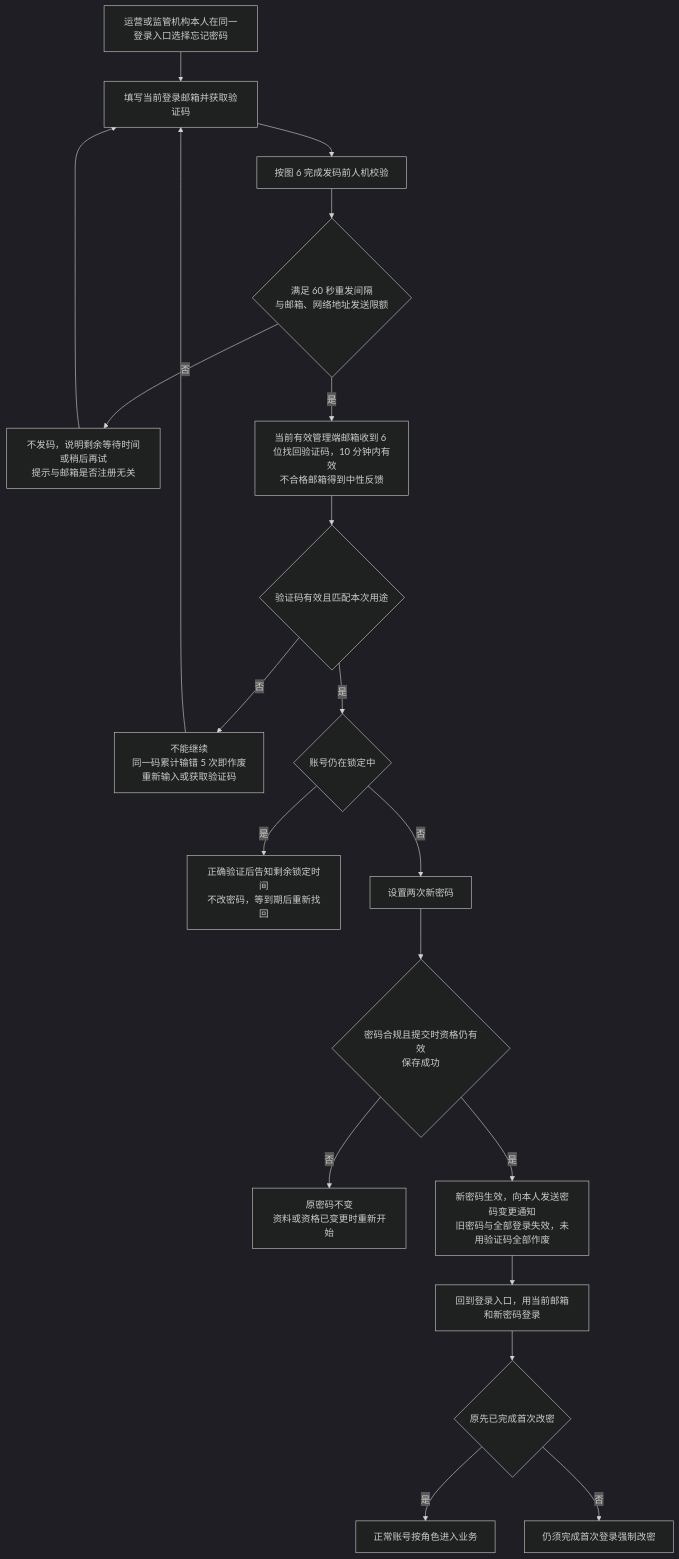
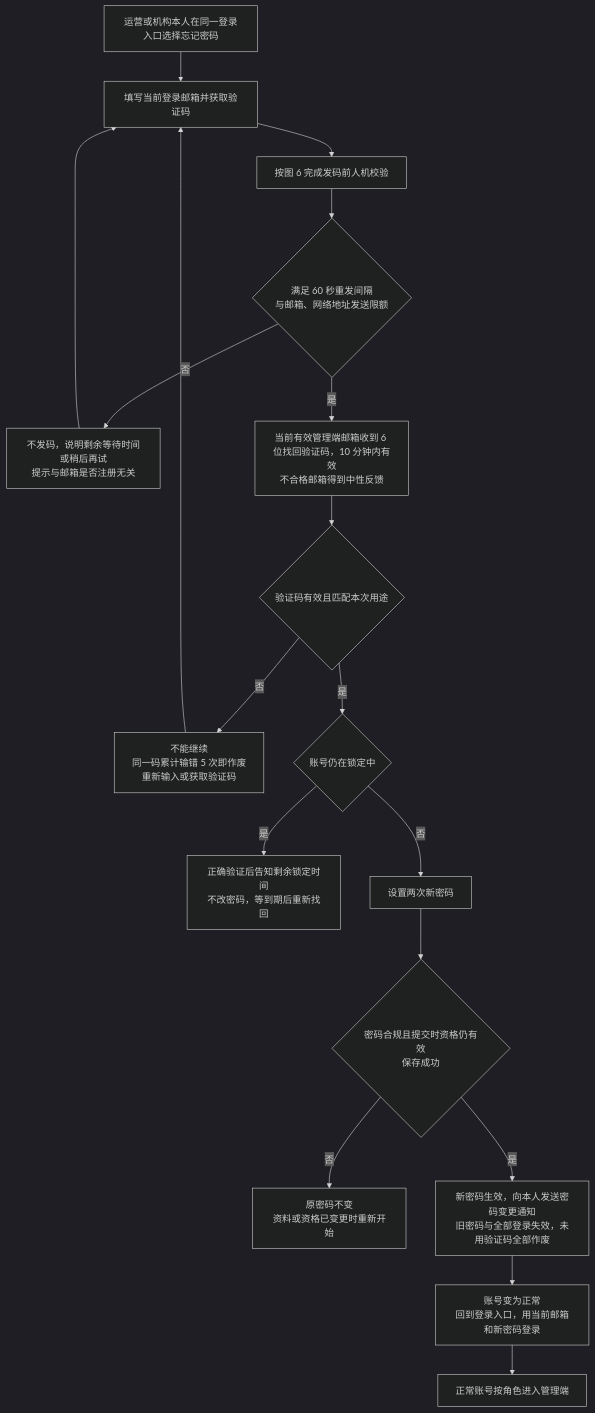
Before and after one commit to wxblockchain/Chain-Financing: the sixth of 9 diagrams in token-issuance-platform/PRD/管理端/M5-管理端登录与权限/02-管理端登录与权限-流程图与状态机.md, drawn with Mermaid (dark theme). The commit also changed other lines of this file and 17 other files, not shown here.

````diff
--- a/token-issuance-platform/PRD/管理端/M5-管理端登录与权限/02-管理端登录与权限-流程图与状态机.md
+++ b/token-issuance-platform/PRD/管理端/M5-管理端登录与权限/02-管理端登录与权限-流程图与状态机.md
@@ -138,22 +136,20 @@
 ```mermaid
 flowchart TD
-    A[运营或监管机构本人在同一登录入口选择忘记密码] --> B[填写当前登录邮箱并获取验证码]
+    A[运营或机构本人在同一登录入口选择忘记密码] --> B[填写当前登录邮箱并获取验证码]
     B --> B0[按图 6 完成发码前人机校验]
     B0 --> B1{满足 60 秒重发间隔<br/>与邮箱、网络地址发送限额}
     B1 -->|否| B2[不发码，说明剩余等待时间或稍后再试<br/>提示与邮箱是否注册无关]
     B2 --> B
     B1 -->|是| C[当前有效管理端邮箱收到 6 位找回验证码，10 分钟内有效<br/>不合格邮箱得到中性反馈]
     C --> D{验证码有效且匹配本次用途}
     D -->|否| E[不能继续<br/>同一码累计输错 5 次即作废<br/>重新输入或获取验证码]
     E --> B
     D -->|是| F{账号仍在锁定中}
     F -->|是| G[正确验证后告知剩余锁定时间<br/>不改密码，等到期后重新找回]
     F -->|否| H[设置两次新密码]
     H --> I{密码合规且提交时资格仍有效<br/>保存成功}
     I -->|否| J[原密码不变<br/>资料或资格已变更时重新开始]
     I -->|是| K[新密码生效，向本人发送密码变更通知<br/>旧密码与全部登录失效，未用验证码全部作废]
-    K --> L[回到登录入口，用当前邮箱和新密码登录]
-    L --> M{原先已完成首次改密}
-    M -->|是| N[正常账号按角色进入业务]
-    M -->|否| O[仍须完成首次登录强制改密]
+    K --> L[账号变为正常<br/>回到登录入口，用当前邮箱和新密码登录]
+    L --> N[正常账号按角色进入管理端]
 ```
````
